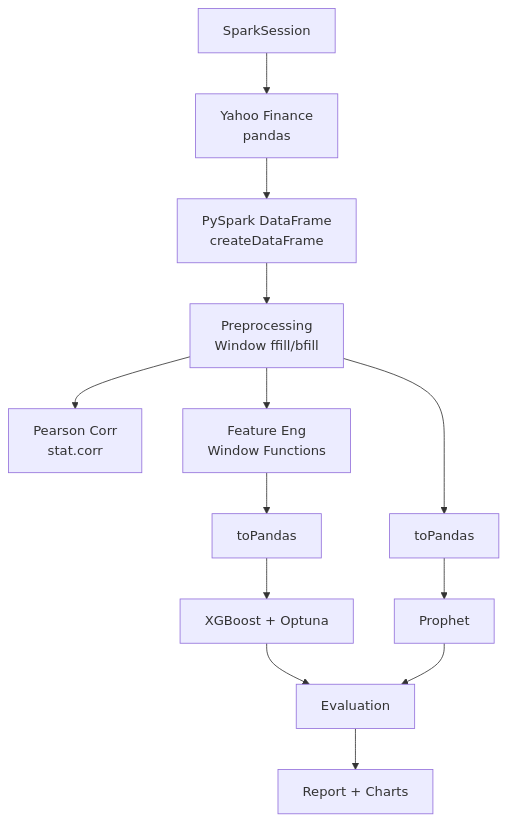
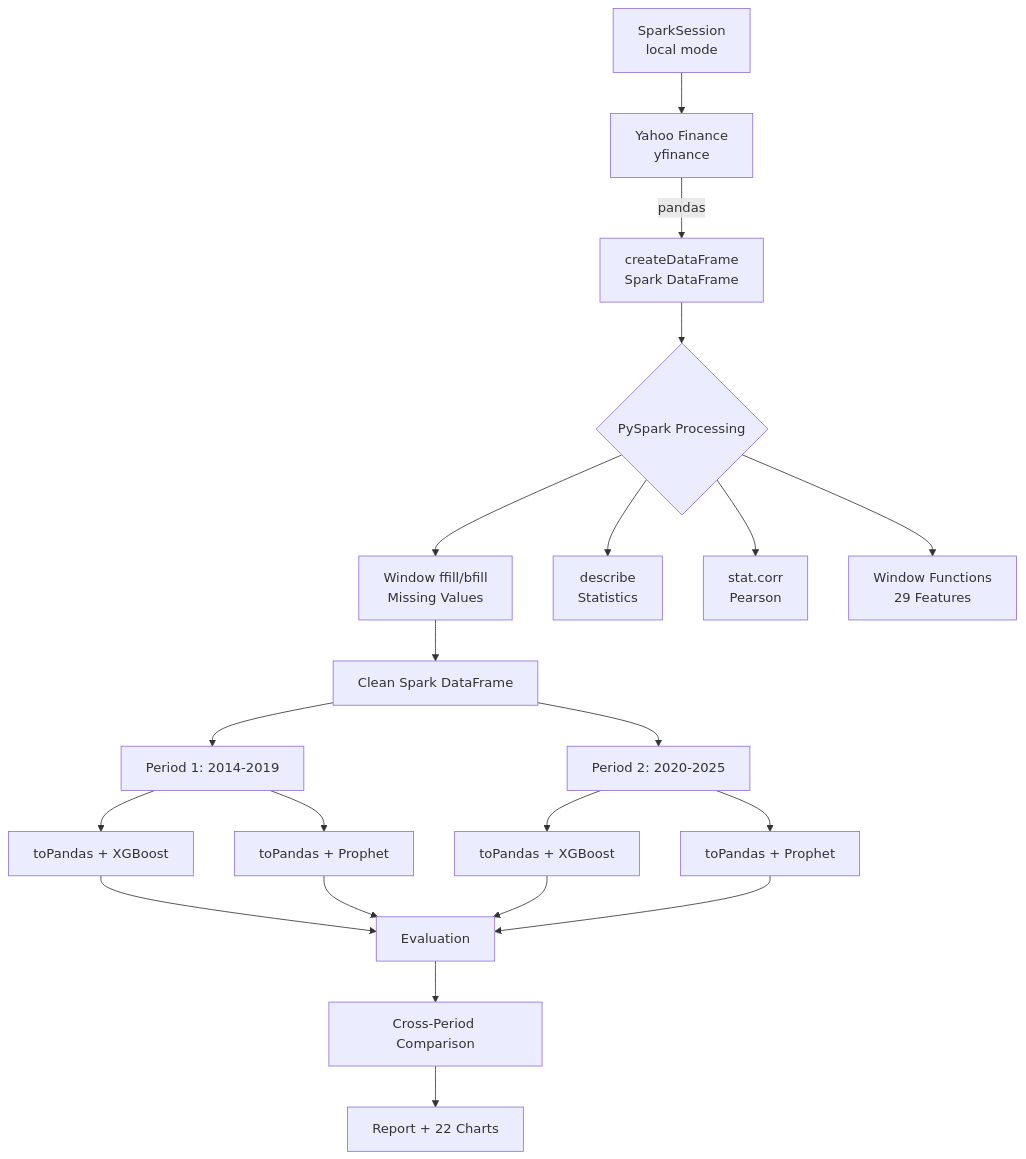
The diagram in README.md (Namvt4/mylove_spark), drawn with Mermaid before and after one commit. The commit also changed other lines of this file, not shown here.

````diff
--- a/README.md
+++ b/README.md
@@ -116,15 +438,23 @@
 ```mermaid
 graph TD
-    S[SparkSession] --> A
-    A[Yahoo Finance<br>pandas] --> B[PySpark DataFrame<br>createDataFrame]
-    B --> C[Preprocessing<br>Window ffill/bfill]
-    C --> D1[Pearson Corr<br>stat.corr]
-    C --> D2[Feature Eng<br>Window Functions]
-    D2 --> E1[toPandas]
-    E1 --> F1[XGBoost + Optuna]
-    C --> E2[toPandas]
-    E2 --> F2[Prophet]
-    F1 --> G[Evaluation]
+    S[SparkSession<br>local mode] --> A
+    A[Yahoo Finance<br>yfinance] -->|pandas| B[createDataFrame<br>Spark DataFrame]
+    B --> C{PySpark Processing}
+    C --> C1[Window ffill/bfill<br>Missing Values]
+    C --> C2[describe<br>Statistics]
+    C --> C3[stat.corr<br>Pearson]
+    C --> C4[Window Functions<br>29 Features]
+    C1 --> D[Clean Spark DataFrame]
+    D --> P1[Period 1: 2014-2019]
+    D --> P2[Period 2: 2020-2025]
+    P1 --> E1[toPandas + XGBoost]
+    P1 --> E2[toPandas + Prophet]
+    P2 --> F1[toPandas + XGBoost]
+    P2 --> F2[toPandas + Prophet]
+    E1 --> G[Evaluation]
+    E2 --> G
+    F1 --> G
     F2 --> G
-    G --> H[Report + Charts]
+    G --> H[Cross-Period Comparison]
+    H --> I[Report + 22 Charts]
 ```
````
